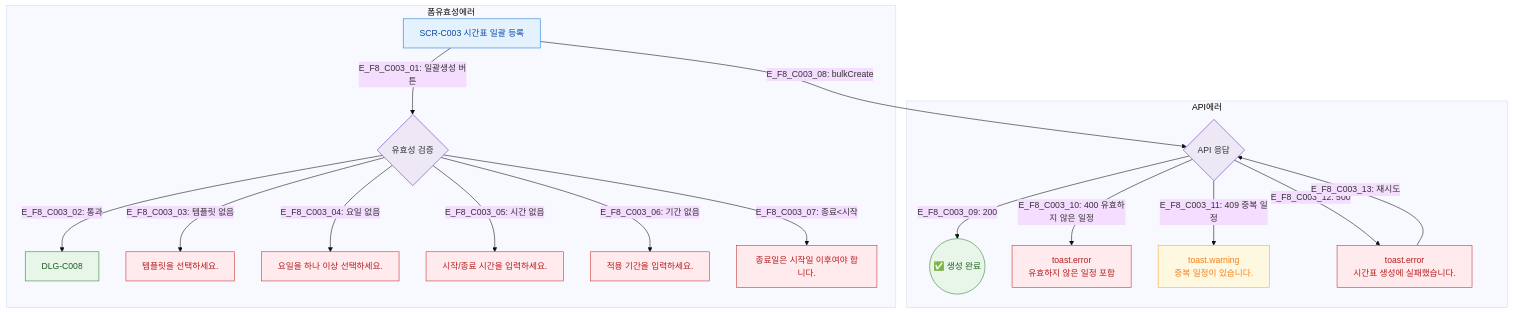
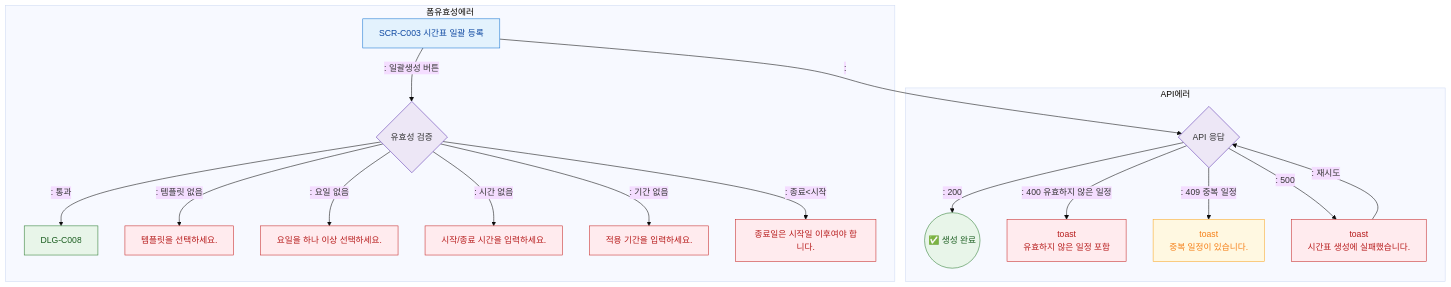
The diagram in docs/다이어그램/D04_수업관리/SCR-C003_시간표일괄등록/F8_에러.md (dev-spogym/admin-pando), drawn with Mermaid (base theme) before and after one commit. The commit also changed other lines of this file and 1660 other files, not shown here.

First line of the commit message:
다이어그램: 기획자/클라이언트 납품본으로 정리

````diff
--- a/docs/다이어그램/D04_수업관리/SCR-C003_시간표일괄등록/F8_에러.md
+++ b/docs/다이어그램/D04_수업관리/SCR-C003_시간표일괄등록/F8_에러.md
@@ -20,34 +18,34 @@
 ```mermaid
 flowchart TD
   SCR_C003[SCR-C003 시간표 일괄 등록]
 
   subgraph 폼유효성에러
-    SCR_C003 -->|"E_F8_C003_01: 일괄생성 버튼"| ValidCheck{유효성 검증}
-    ValidCheck -->|"E_F8_C003_02: 통과"| GotoModal[DLG-C008]
-    ValidCheck -->|"E_F8_C003_03: 템플릿 없음"| V1[템플릿을 선택하세요.]
-    ValidCheck -->|"E_F8_C003_04: 요일 없음"| V2[요일을 하나 이상 선택하세요.]
-    ValidCheck -->|"E_F8_C003_05: 시간 없음"| V3[시작/종료 시간을 입력하세요.]
-    ValidCheck -->|"E_F8_C003_06: 기간 없음"| V4[적용 기간을 입력하세요.]
-    ValidCheck -->|"E_F8_C003_07: 종료<시작"| V5[종료일은 시작일 이후여야 합니다.]
+    SCR_C003 -->|": 일괄생성 버튼"|ValidCheck{유효성 검증}
+    ValidCheck -->|": 통과"|GotoModal[DLG-C008]
+    ValidCheck -->|": 템플릿 없음"|V1[템플릿을 선택하세요.]
+    ValidCheck -->|": 요일 없음"|V2[요일을 하나 이상 선택하세요.]
+    ValidCheck -->|": 시간 없음"|V3[시작/종료 시간을 입력하세요.]
+    ValidCheck -->|": 기간 없음"|V4[적용 기간을 입력하세요.]
+    ValidCheck -->|": 종료<시작"|V5[종료일은 시작일 이후여야 합니다.]
   end
 
   subgraph API에러
-    SCR_C003 -->|"E_F8_C003_08: bulkCreate"| BulkAPI{API 응답}
-    BulkAPI -->|"E_F8_C003_09: 200"| BulkOK((✅ 생성 완료))
-    BulkAPI -->|"E_F8_C003_10: 400 유효하지 않은 일정"| BulkInvalid[toast.error\n유효하지 않은 일정 포함]
-    BulkAPI -->|"E_F8_C003_11: 409 중복 일정"| BulkConflict[toast.warning\n중복 일정이 있습니다.]
-    BulkAPI -->|"E_F8_C003_12: 500"| BulkErr[toast.error\n시간표 생성에 실패했습니다.]
-    BulkErr -->|"E_F8_C003_13: 재시도"| BulkAPI
+    SCR_C003 -->|": "|BulkAPI{API 응답}
+    BulkAPI -->|": 200"|BulkOK((✅ 생성 완료))
+    BulkAPI -->|": 400 유효하지 않은 일정"|BulkInvalid[toast\n유효하지 않은 일정 포함]
+    BulkAPI -->|": 409 중복 일정"|BulkConflict[toast\n중복 일정이 있습니다.]
+    BulkAPI -->|": 500"|BulkErr[toast\n시간표 생성에 실패했습니다.]
+    BulkErr -->|": 재시도"|BulkAPI
   end
 
   classDef screen fill:#E3F2FD,stroke:#1976D2,color:#0D47A1
   classDef system fill:#EDE7F6,stroke:#5E35B2
   classDef success fill:#E8F5E9,stroke:#2E7D32,color:#1B5E20
   classDef error fill:#FFEBEE,stroke:#C62828,color:#B71C1C
   classDef warning fill:#FFF8E1,stroke:#F9A825,color:#F57F17
   class SCR_C003 screen
   class ValidCheck,BulkAPI system
   class BulkOK,GotoModal success
   class V1,V2,V3,V4,V5,BulkInvalid,BulkErr error
   class BulkConflict warning
 ```
````
